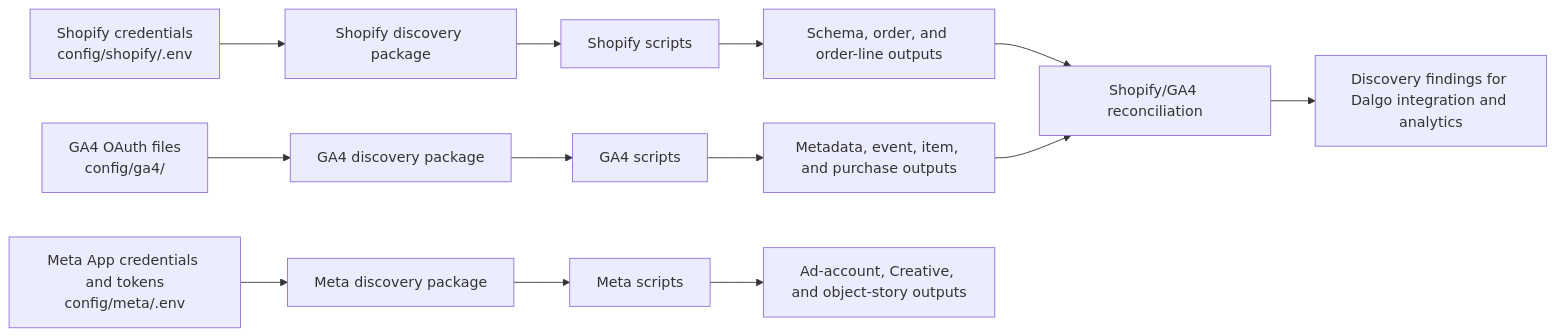
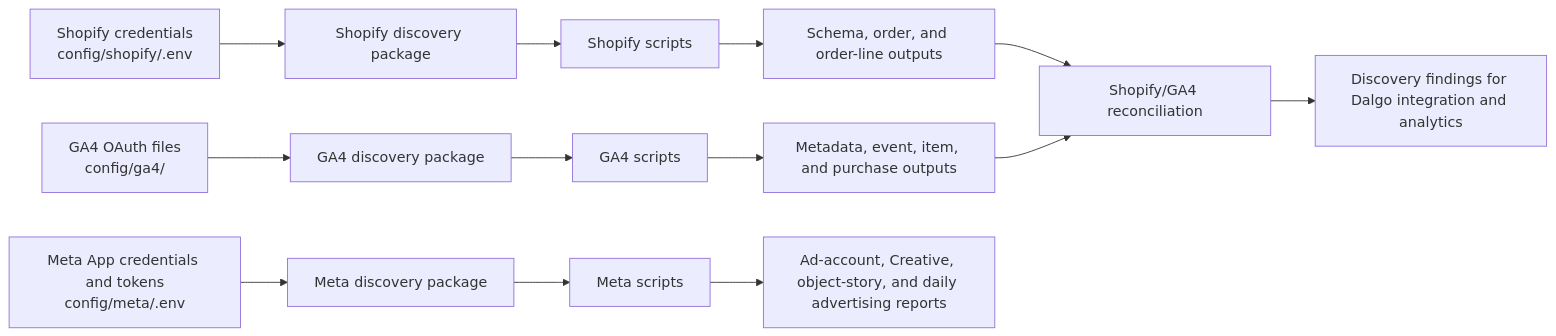
Before and after one commit to Mon711/product-intelligence-discovery: the diagram in README.md, drawn with Mermaid. The commit also changed other lines of this file and 7 other files, not shown here.

````diff
--- a/README.md
+++ b/README.md
@@ -152,15 +154,15 @@
 ```mermaid
 flowchart LR
     SC["Shopify credentials<br/>config/shopify/.env"] --> SP["Shopify discovery package"]
     GC["GA4 OAuth files<br/>config/ga4/"] --> GP["GA4 discovery package"]
     MC["Meta App credentials and tokens<br/>config/meta/.env"] --> MP["Meta discovery package"]
     SP --> SS["Shopify scripts"]
     GP --> GS["GA4 scripts"]
     MP --> MS["Meta scripts"]
     SS --> SO["Schema, order, and order-line outputs"]
     GS --> GO["Metadata, event, item, and purchase outputs"]
-    MS --> MO["Ad-account, Creative, and object-story outputs"]
+    MS --> MO["Ad-account, Creative, object-story, and daily advertising reports"]
     SO --> R["Shopify/GA4 reconciliation"]
     GO --> R
     R --> E["Discovery findings for Dalgo integration and analytics"]
 ```
````
